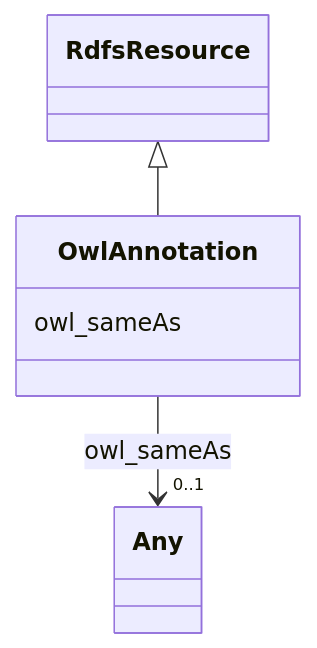
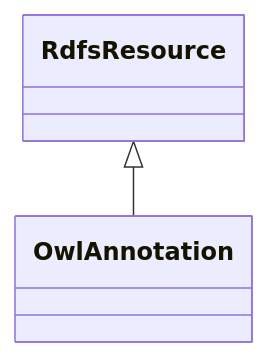
Before and after one commit to frink-okn/graph-descriptions: the diagram in fio-kg/classes/OwlAnnotation.md, drawn with Mermaid. The commit also changed other lines of this file and 447 other files, not shown here.

````diff
--- a/fio-kg/classes/OwlAnnotation.md
+++ b/fio-kg/classes/OwlAnnotation.md
@@ -23,18 +21,9 @@
 ```mermaid
  classDiagram
     class OwlAnnotation
     click OwlAnnotation href "../OwlAnnotation"
       RdfsResource <|-- OwlAnnotation
         click RdfsResource href "../RdfsResource"
       
-      OwlAnnotation : owl_sameAs
-        
-          
-    
-    
-    OwlAnnotation --> "0..1" Any : owl_sameAs
-    click Any href "../Any"
-
-        
       
 ```
````
